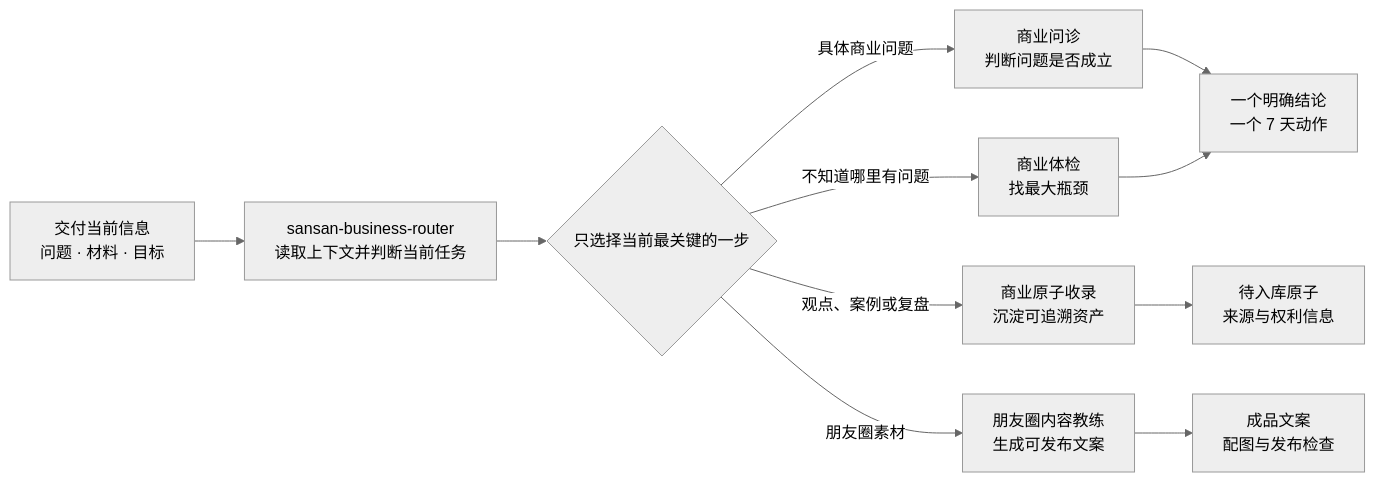
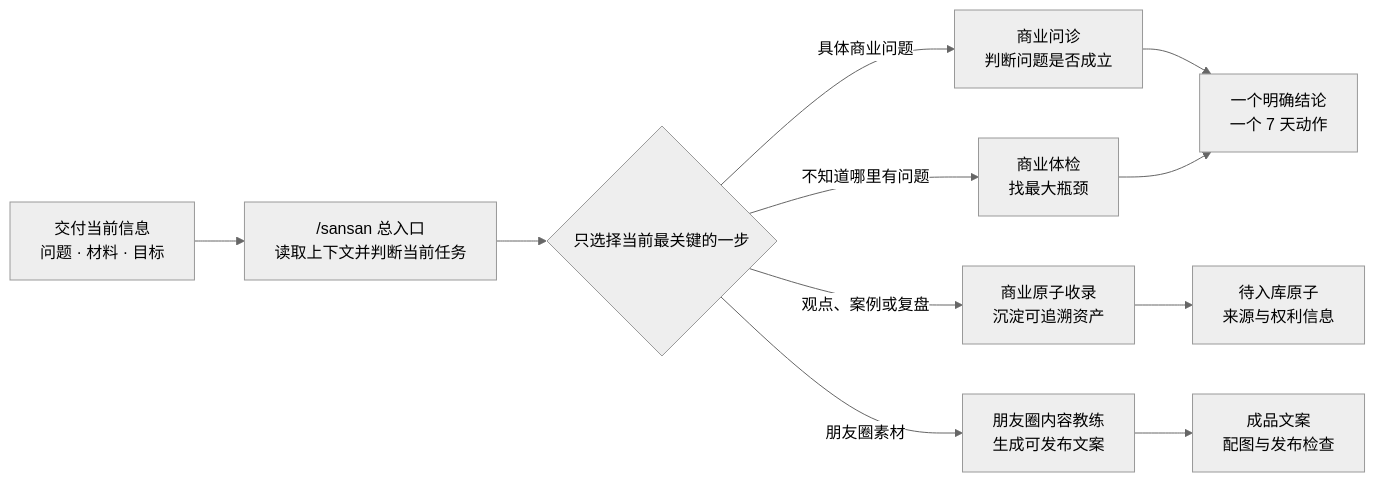
One commit to sansan19900801/sansanskill changed the diagram in README.md. Above: the diagram before and after it, drawn with Mermaid (neutral theme). The commit also changed other lines of this file and 9 other files, not shown here.

Commit message:
Add short Sansan router entrypoint

````diff
--- a/README.md
+++ b/README.md
@@ -20,13 +20,13 @@
 ```mermaid
 flowchart LR
-    A["交付当前信息<br/>问题 · 材料 · 目标"] --> B["sansan-business-router<br/>读取上下文并判断当前任务"]
+    A["交付当前信息<br/>问题 · 材料 · 目标"] --> B["/sansan 总入口<br/>读取上下文并判断当前任务"]
     B --> C{"只选择当前最关键的一步"}
     C -->|具体商业问题| D["商业问诊<br/>判断问题是否成立"]
     C -->|不知道哪里有问题| E["商业体检<br/>找最大瓶颈"]
     C -->|观点、案例或复盘| F["商业原子收录<br/>沉淀可追溯资产"]
     C -->|朋友圈素材| G["朋友圈内容教练<br/>生成可发布文案"]
     D --> H["一个明确结论<br/>一个 7 天动作"]
     E --> H
     F --> I["待入库原子<br/>来源与权利信息"]
     G --> J["成品文案<br/>配图与发布检查"]
 ```
````
